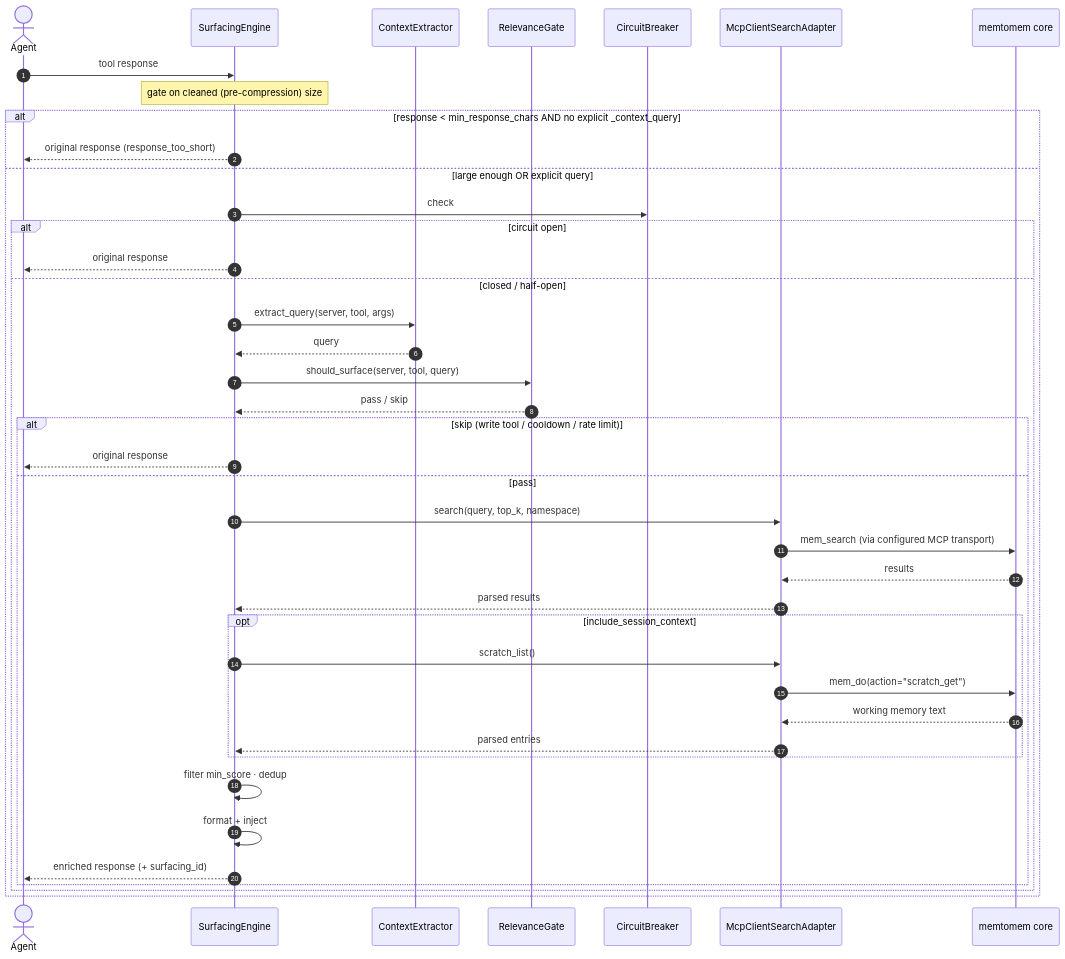
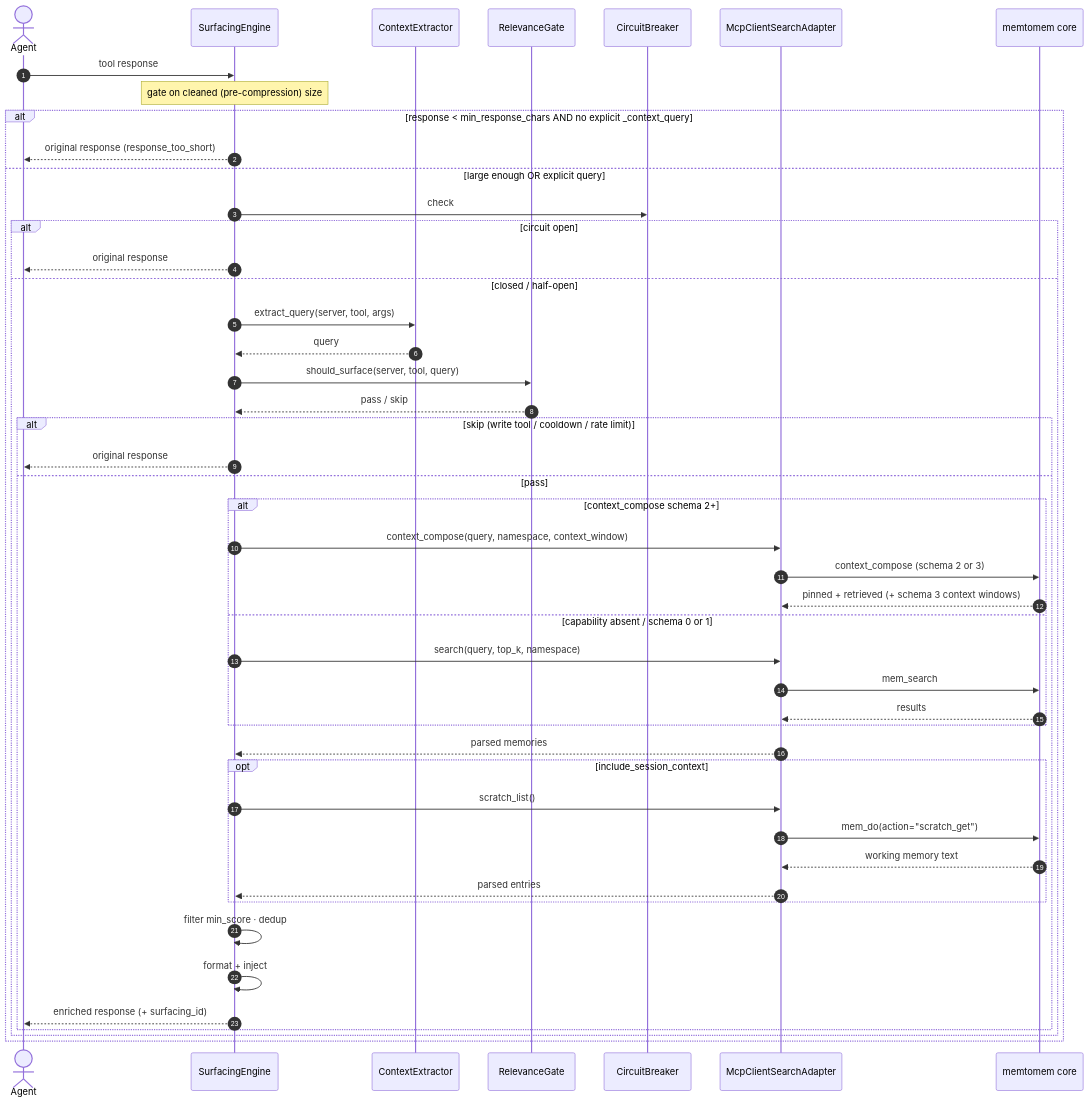
The third of 5 diagrams in docs/surfacing.md (memtomem/memtomem-stm), drawn with Mermaid before and after one commit. The commit also changed other lines of this file and 16 other files, not shown here.

````diff
--- a/docs/surfacing.md
+++ b/docs/surfacing.md
@@ -319,44 +318,50 @@
 ```mermaid
 sequenceDiagram
     autonumber
     actor Agent
     participant STM as SurfacingEngine
     participant Ext as ContextExtractor
     participant Gate as RelevanceGate
     participant CB as CircuitBreaker
     participant MCP as McpClientSearchAdapter
     participant Core as memtomem core
 
     Agent->>STM: tool response
     Note over STM: gate on cleaned (pre-compression) size
     alt response < min_response_chars AND no explicit _context_query
         STM-->>Agent: original response (response_too_short)
     else large enough OR explicit query
     STM->>CB: check
     alt circuit open
         STM-->>Agent: original response
     else closed / half-open
         STM->>Ext: extract_query(server, tool, args)
         Ext-->>STM: query
         STM->>Gate: should_surface(server, tool, query)
         Gate-->>STM: pass / skip
         alt skip (write tool / cooldown / rate limit)
             STM-->>Agent: original response
         else pass
-            STM->>MCP: search(query, top_k, namespace)
-            MCP->>Core: mem_search (via configured MCP transport)
-            Core-->>MCP: results
-            MCP-->>STM: parsed results
+            alt context_compose schema 2+
+                STM->>MCP: context_compose(query, namespace, context_window)
+                MCP->>Core: context_compose (schema 2 or 3)
+                Core-->>MCP: pinned + retrieved (+ schema 3 context windows)
+            else capability absent / schema 0 or 1
+                STM->>MCP: search(query, top_k, namespace)
+                MCP->>Core: mem_search
+                Core-->>MCP: results
+            end
+            MCP-->>STM: parsed memories
             opt include_session_context
                 STM->>MCP: scratch_list()
                 MCP->>Core: mem_do(action="scratch_get")
                 Core-->>MCP: working memory text
                 MCP-->>STM: parsed entries
             end
             STM->>STM: filter min_score · dedup
             STM->>STM: format + inject
             STM-->>Agent: enriched response (+ surfacing_id)
         end
     end
     end
 ```
````
